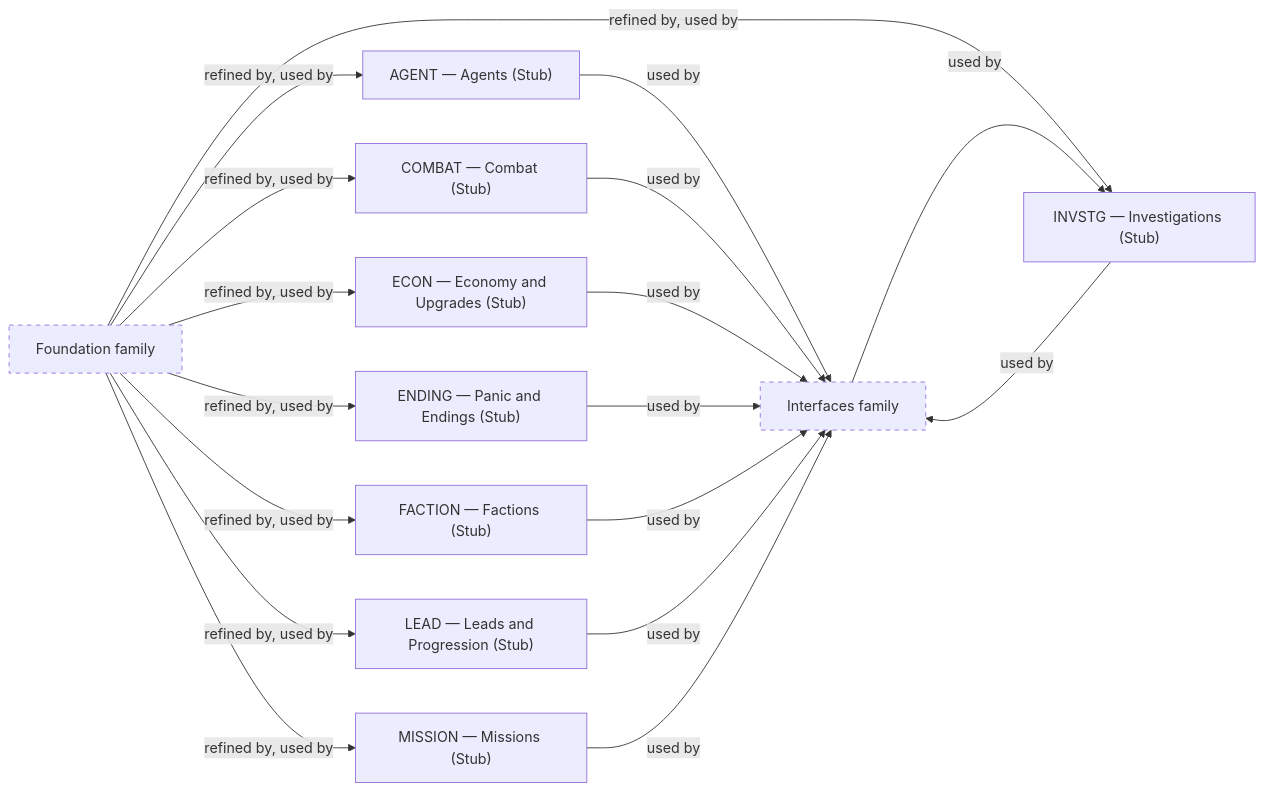
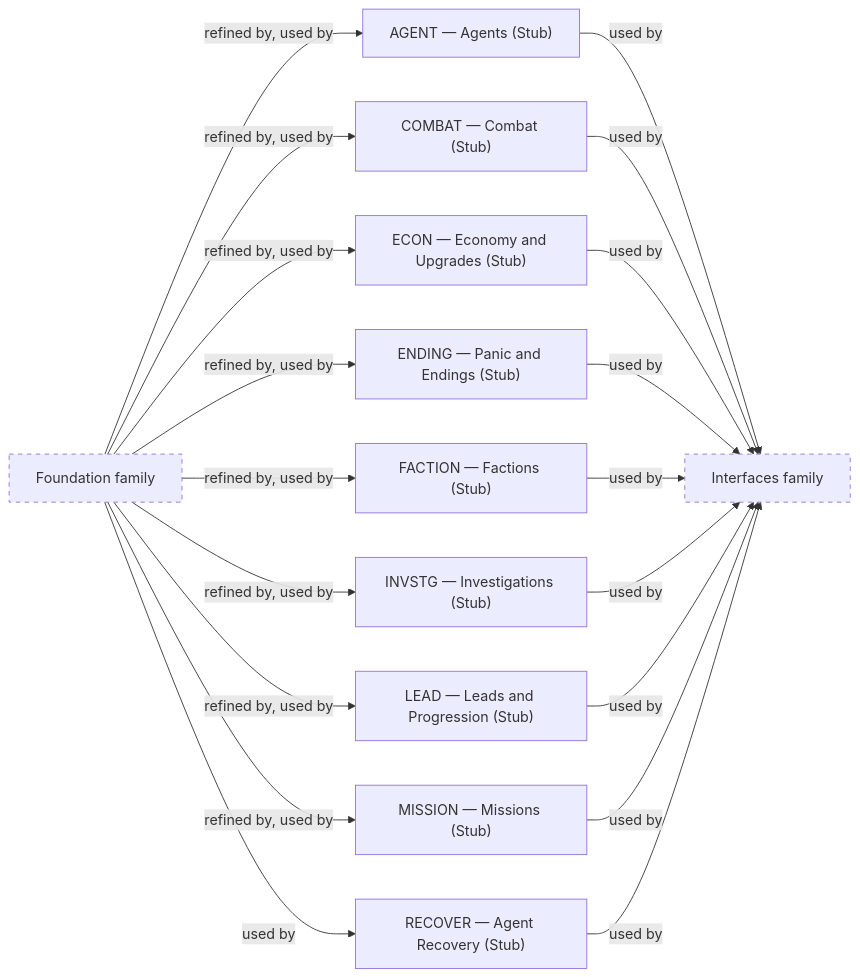
One commit to konrad-jamrozik/game-v5 changed the second of 2 diagrams in docs/specs/mechanics/about-mechanics.md. Above: the diagram before and after it, drawn with Mermaid. The commit also changed other lines of this file and 21 other files, not shown here.

````diff
--- a/docs/specs/mechanics/about-mechanics.md
+++ b/docs/specs/mechanics/about-mechanics.md
@@ -101,31 +126,33 @@
 ```mermaid
 flowchart LR
   AGENT["AGENT — Agents (Stub)"]
   COMBAT["COMBAT — Combat (Stub)"]
   ECON["ECON — Economy and Upgrades (Stub)"]
   ENDING["ENDING — Panic and Endings (Stub)"]
   FACTION["FACTION — Factions (Stub)"]
   INVSTG["INVSTG — Investigations (Stub)"]
   LEAD["LEAD — Leads and Progression (Stub)"]
   MISSION["MISSION — Missions (Stub)"]
+  RECOVER["RECOVER — Agent Recovery (Stub)"]
   family_foundation["Foundation family"]:::external
   family_interfaces["Interfaces family"]:::external
   AGENT -->|used by| family_interfaces
   COMBAT -->|used by| family_interfaces
   ECON -->|used by| family_interfaces
   ENDING -->|used by| family_interfaces
   FACTION -->|used by| family_interfaces
   INVSTG -->|used by| family_interfaces
   LEAD -->|used by| family_interfaces
   MISSION -->|used by| family_interfaces
+  RECOVER -->|used by| family_interfaces
   family_foundation -->|refined by, used by| AGENT
   family_foundation -->|refined by, used by| COMBAT
   family_foundation -->|refined by, used by| ECON
   family_foundation -->|refined by, used by| ENDING
   family_foundation -->|refined by, used by| FACTION
   family_foundation -->|refined by, used by| INVSTG
   family_foundation -->|refined by, used by| LEAD
   family_foundation -->|refined by, used by| MISSION
-  family_interfaces -->|used by| INVSTG
+  family_foundation -->|used by| RECOVER
   classDef external stroke-dasharray: 5 5
 ```
````
